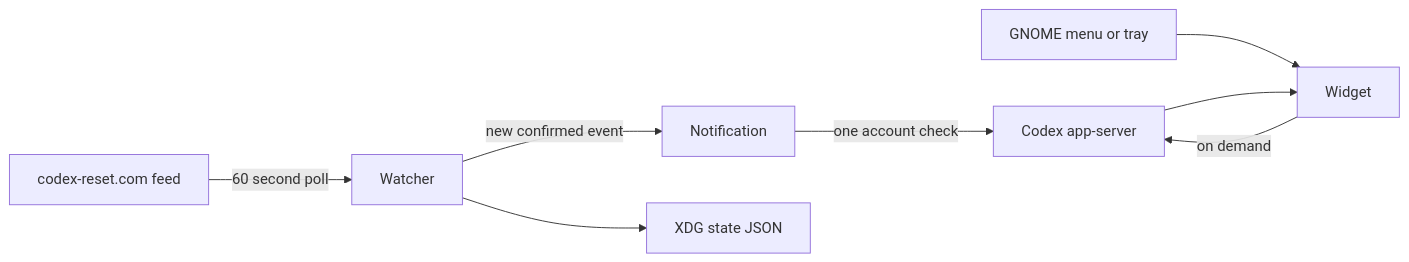
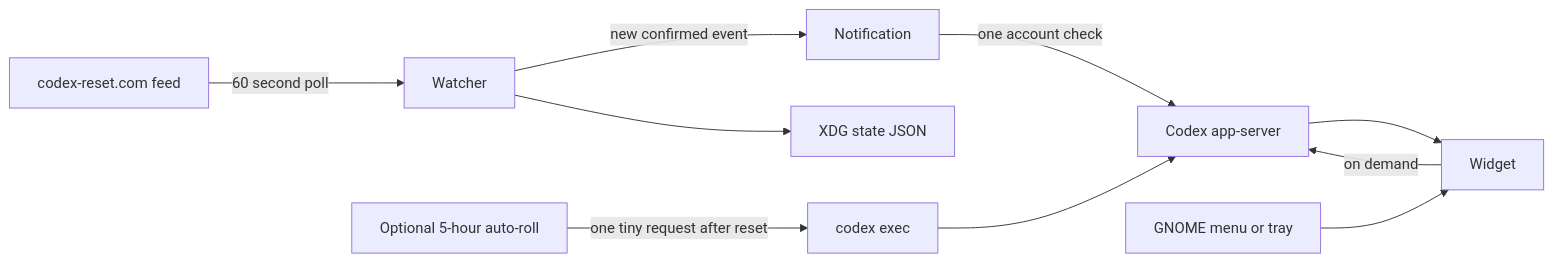
Before and after one commit to 1RV1NG-Y/codex-reset-widget-windows: the diagram in README.md, drawn with Mermaid. The commit also changed other lines of this file and 10 other files, not shown here.

Commit message:
Add opt-in five-hour auto-roll

````diff
--- a/README.md
+++ b/README.md
@@ -89,10 +103,12 @@
 ```mermaid
 flowchart LR
     Feed[codex-reset.com feed] -->|60 second poll| Watcher
     Watcher -->|new confirmed event| Notification
     Notification -->|one account check| AppServer[Codex app-server]
     Launcher[GNOME menu or tray] --> Widget
     Widget -->|on demand| AppServer
+    AutoRoll[Optional 5-hour auto-roll] -->|one tiny request after reset| CodexExec[codex exec]
+    CodexExec --> AppServer
     Watcher --> State[XDG state JSON]
     AppServer --> Widget
 ```
````
